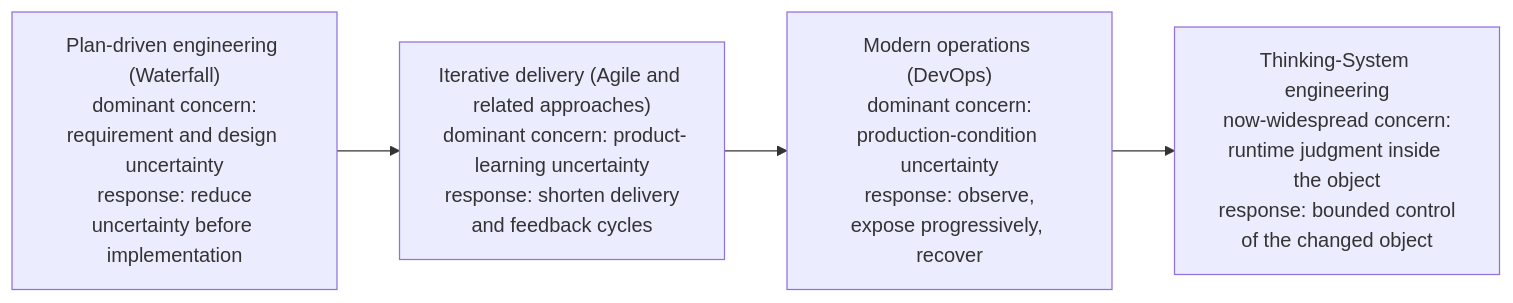
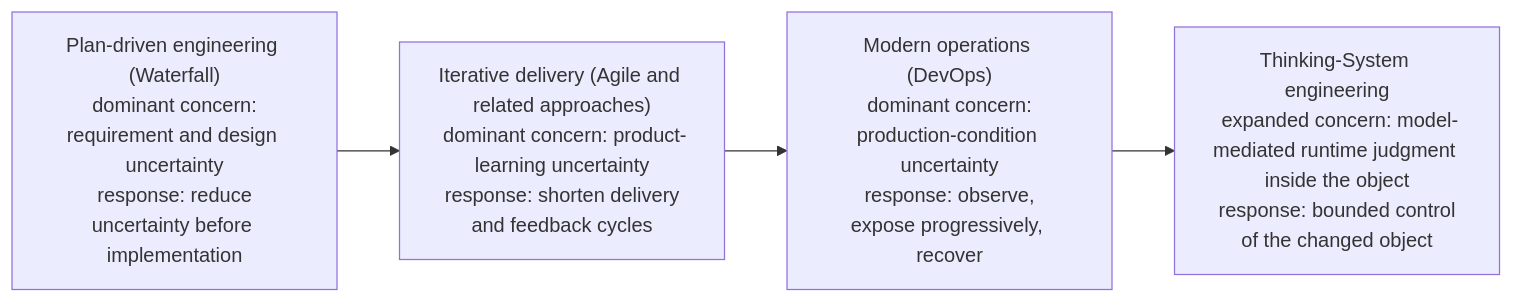
One commit to UncertaintyArchitectureGroup/uncertainty-architecture changed the first of 15 diagrams in content/research/notes/open-engineering-specification-article-draft.md. Above: the diagram before and after it, drawn with Mermaid. The commit also changed other lines of this file and 9 other files, not shown here.

````diff
--- a/content/research/notes/open-engineering-specification-article-draft.md
+++ b/content/research/notes/open-engineering-specification-article-draft.md
@@ -68,9 +68,9 @@
 ```mermaid
 flowchart LR
     W["Plan-driven engineering (Waterfall)<br/> dominant concern: requirement and design uncertainty<br/> response: reduce uncertainty before implementation"]
     A["Iterative delivery (Agile and related approaches)<br/> dominant concern: product-learning uncertainty<br/> response: shorten delivery and feedback cycles"]
     D["Modern operations (DevOps)<br/> dominant concern: production-condition uncertainty<br/> response: observe, expose progressively, recover"]
-    T["Thinking-System engineering<br/> now-widespread concern: runtime judgment inside the object<br/> response: bounded control of the changed object"]
+    T["Thinking-System engineering<br/> expanded concern: model-mediated runtime judgment inside the object<br/> response: bounded control of the changed object"]
 
     W --> A --> D --> T
 ```
````
